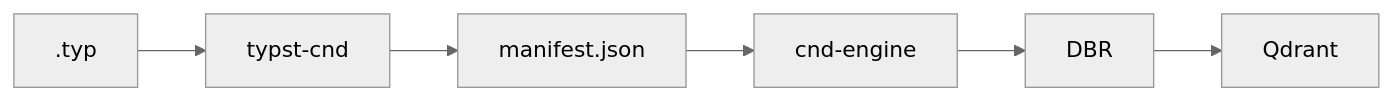
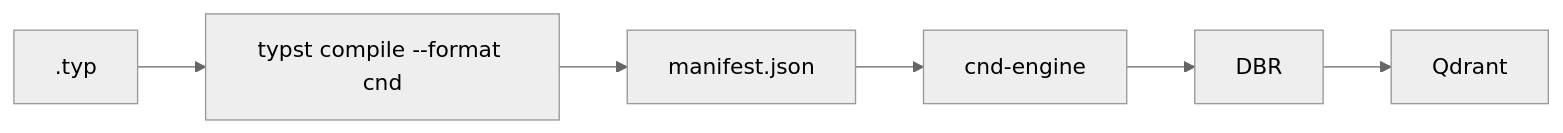
One commit to cosmyc-lab/typst changed the diagram in CONTEXT.md. Above: the diagram before and after it, drawn with Mermaid (neutral theme).

Commit message:
docs: name the CLI entry point in the pipeline diagram

````diff
--- a/CONTEXT.md
+++ b/CONTEXT.md
@@ -30,8 +30,8 @@
 ```mermaid
 flowchart LR
-  A[".typ"] --> B["typst-cnd"]
+  A[".typ"] --> B["typst compile --format cnd"]
   B --> C["manifest.json"]
   C --> D["cnd-engine"]
   D --> E["DBR"]
   E --> F["Qdrant"]
 ```
````
